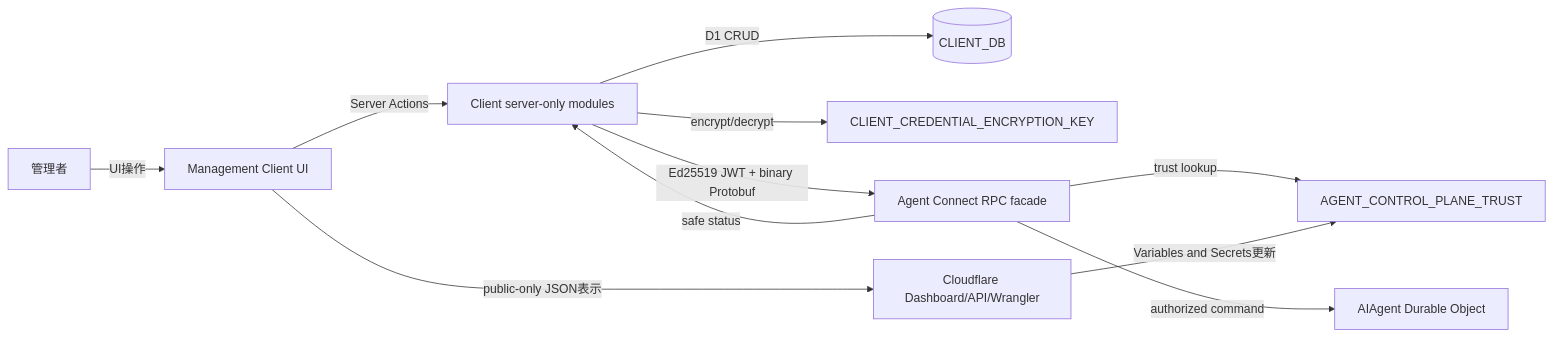
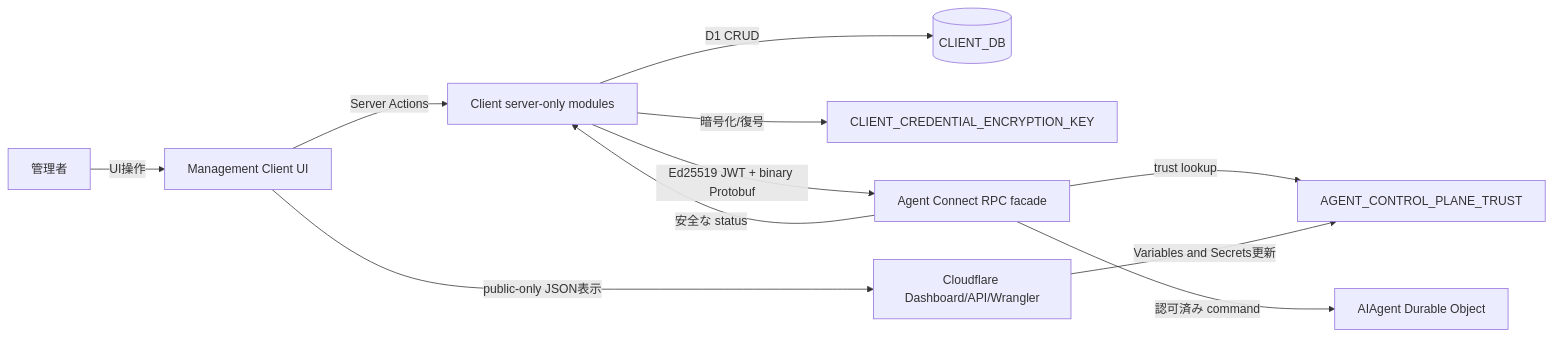
One commit to Suzlun/cf-tamac changed the first of 6 diagrams in openspec/changes/enable-agent-ed25519-jwt-auth/design.md. Above: the diagram before and after it, drawn with Mermaid. The commit also changed other lines of this file and 7 other files, not shown here.

````diff
--- a/openspec/changes/enable-agent-ed25519-jwt-auth/design.md
+++ b/openspec/changes/enable-agent-ed25519-jwt-auth/design.md
@@ -200,13 +200,13 @@
 ```mermaid
 flowchart LR
   Operator[管理者] -->|UI操作| ClientUI[Management Client UI]
   ClientUI -->|Server Actions| ClientServer[Client server-only modules]
   ClientServer -->|D1 CRUD| ClientD1[(CLIENT_DB)]
-  ClientServer -->|encrypt/decrypt| ClientSecret[CLIENT_CREDENTIAL_ENCRYPTION_KEY]
+  ClientServer -->|暗号化/復号| ClientSecret[CLIENT_CREDENTIAL_ENCRYPTION_KEY]
   ClientServer -->|Ed25519 JWT + binary Protobuf| AgentRPC[Agent Connect RPC facade]
   AgentRPC -->|trust lookup| AgentTrust[AGENT_CONTROL_PLANE_TRUST]
-  AgentRPC -->|authorized command| AIAgent[AIAgent Durable Object]
-  AgentRPC -->|safe status| ClientServer
+  AgentRPC -->|認可済み command| AIAgent[AIAgent Durable Object]
+  AgentRPC -->|安全な status| ClientServer
   ClientUI -->|public-only JSON表示| CloudflareOps[Cloudflare Dashboard/API/Wrangler]
   CloudflareOps -->|Variables and Secrets更新| AgentTrust
 ```
````
